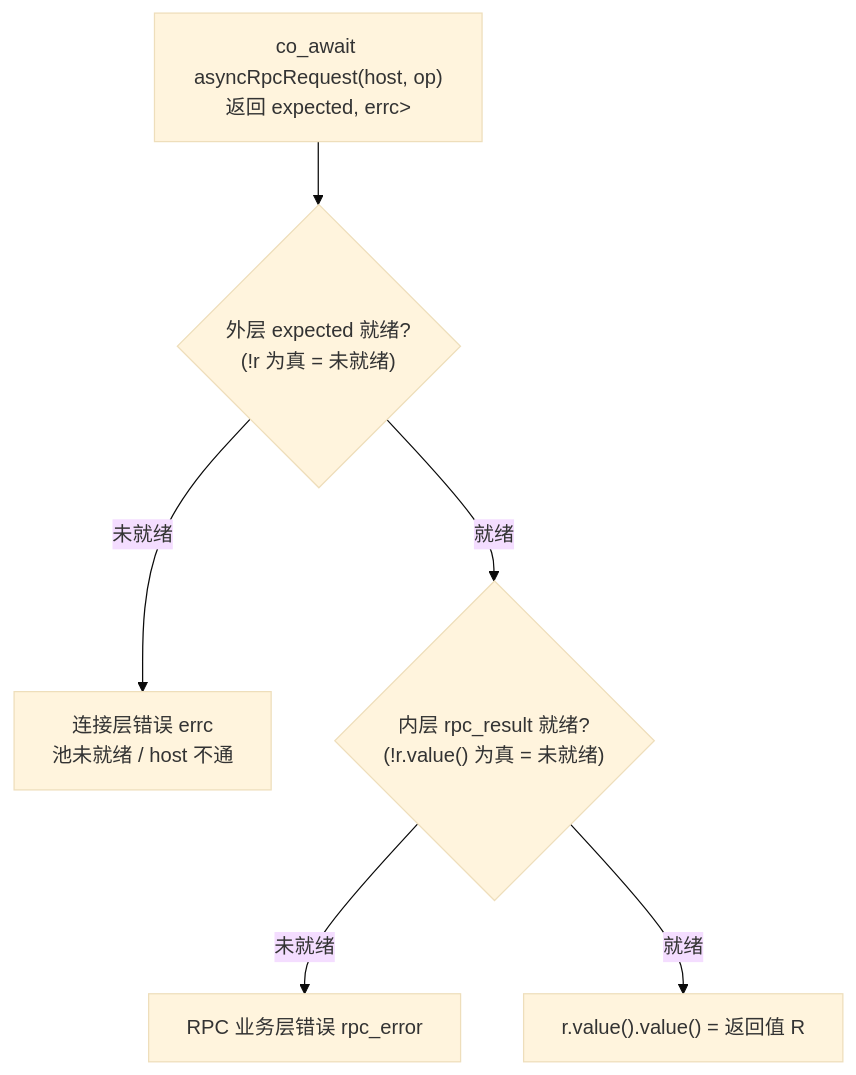
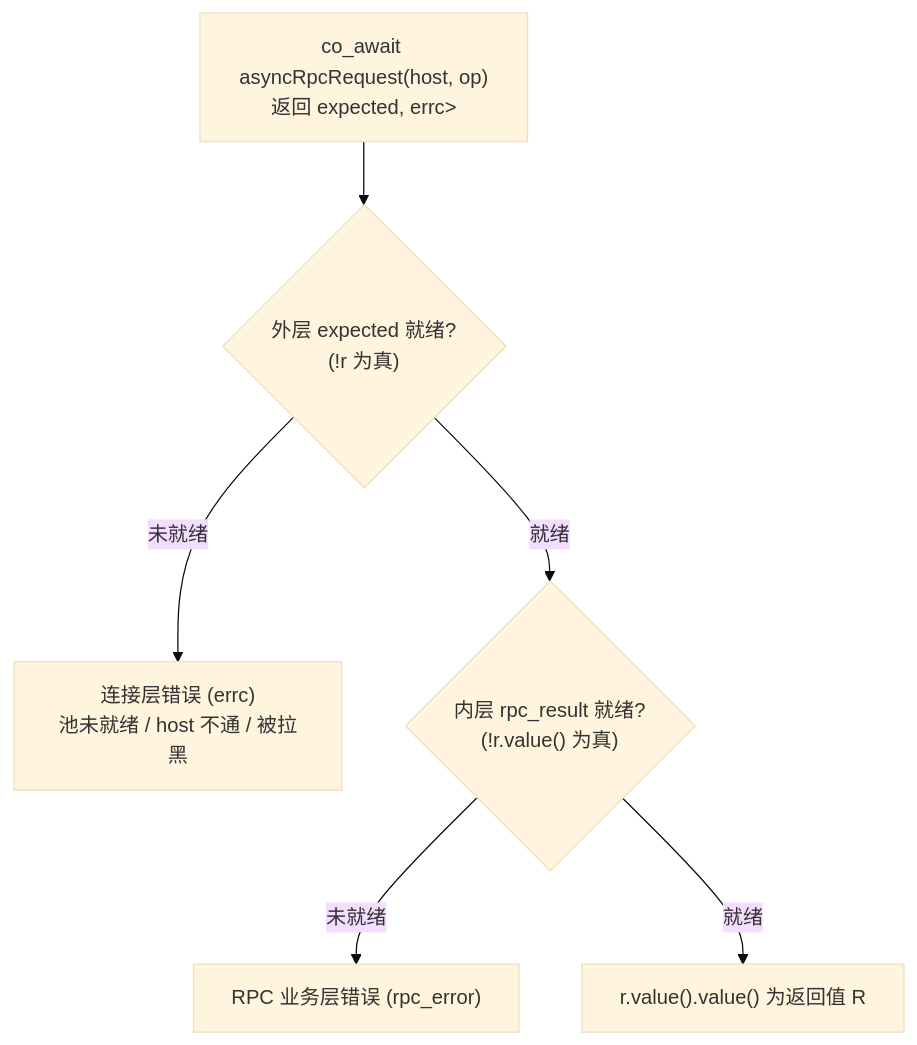
The fourth of 5 diagrams in WebrtcSignalServer.md (HopeTiga/HopeDesk), drawn with Mermaid (base theme) before and after one commit. The commit also changed other lines of this file, not shown here.

````diff
--- a/WebrtcSignalServer.md
+++ b/WebrtcSignalServer.md
@@ -428,8 +439,8 @@
 ```mermaid
 flowchart TD
-  R["co_await asyncRpcRequest(host, op)<br/>返回 expected<rpc_result<R>, errc>"] --> A{"外层 expected 就绪?<br/>(!r 为真 = 未就绪)"}
-  A -- "未就绪" --> E1["连接层错误 errc<br/>池未就绪 / host 不通"]
-  A -- "就绪" --> B{"内层 rpc_result 就绪?<br/>(!r.value() 为真 = 未就绪)"}
-  B -- "未就绪" --> E2["RPC 业务层错误 rpc_error"]
-  B -- "就绪" --> OK["r.value().value() = 返回值 R"]
+  R["co_await asyncRpcRequest(host, op)<br/>返回 expected<rpc_result<R>, errc>"] --> A{"外层 expected 就绪?<br/>(!r 为真)"}
+  A -- "未就绪" --> E1["连接层错误 (errc)<br/>池未就绪 / host 不通 / 被拉黑"]
+  A -- "就绪" --> B{"内层 rpc_result 就绪?<br/>(!r.value() 为真)"}
+  B -- "未就绪" --> E2["RPC 业务层错误 (rpc_error)"]
+  B -- "就绪" --> OK["r.value().value() 为返回值 R"]
 ```
````
